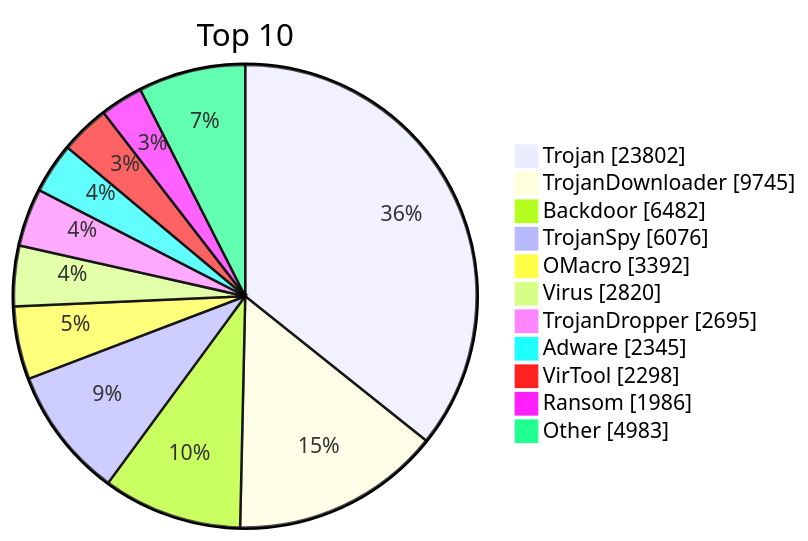
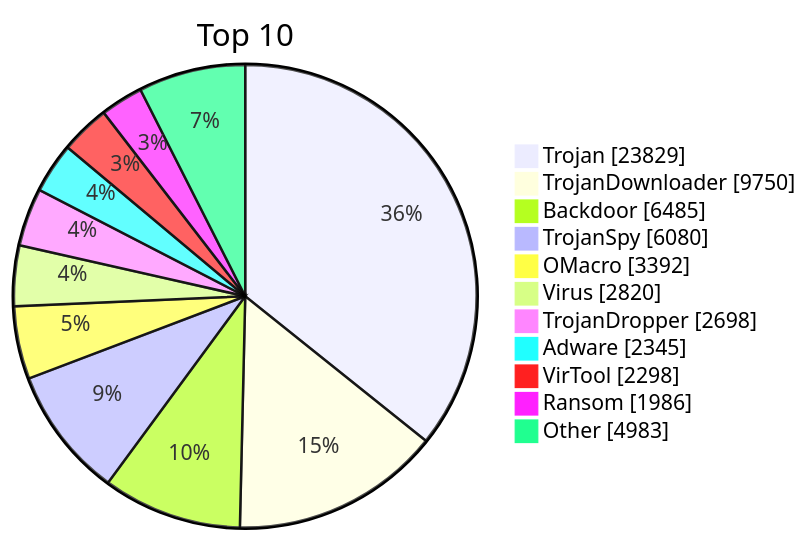
The diagram in README.md (JerryLinLinLin/huorong-virdb-changelog), drawn with Mermaid before and after one commit. The commit also changed other lines of this file and 16 other files, not shown here.

````diff
--- a/README.md
+++ b/README.md
@@ -19,15 +19,15 @@
 ```mermaid
 pie showData
     title Top 10
-    "Trojan" : 23802
-    "TrojanDownloader" : 9745
-    "Backdoor" : 6482
-    "TrojanSpy" : 6076
+    "Trojan" : 23829
+    "TrojanDownloader" : 9750
+    "Backdoor" : 6485
+    "TrojanSpy" : 6080
     "OMacro" : 3392
     "Virus" : 2820
-    "TrojanDropper" : 2695
+    "TrojanDropper" : 2698
     "Adware" : 2345
     "VirTool" : 2298
     "Ransom" : 1986
     "Other" : 4983
 ```
````
